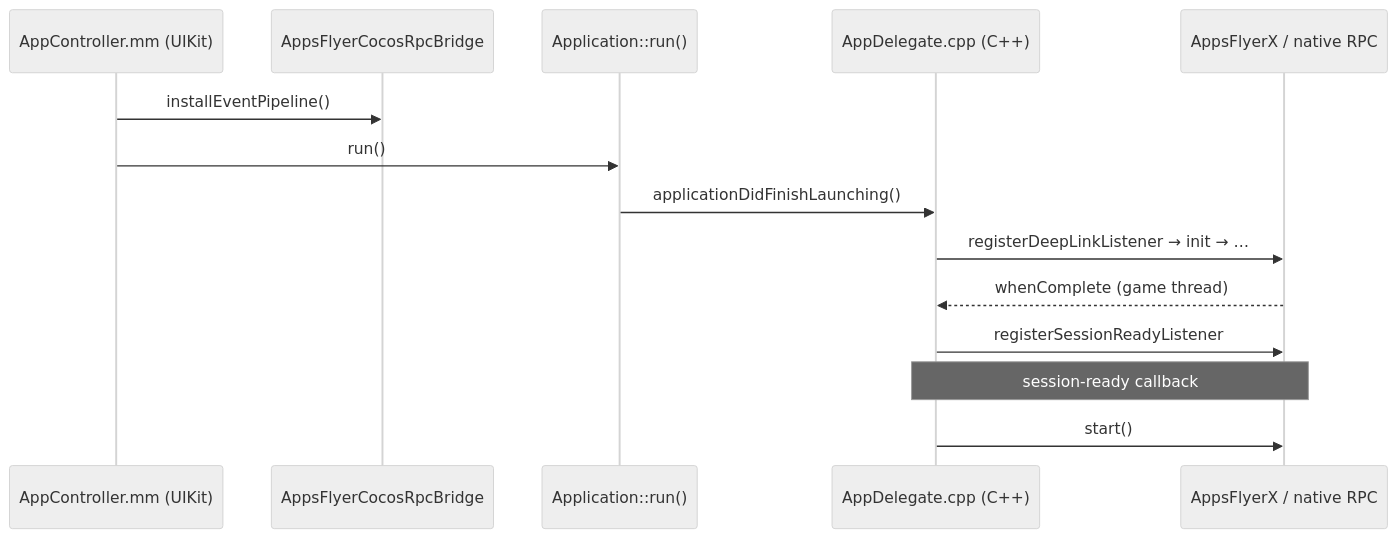
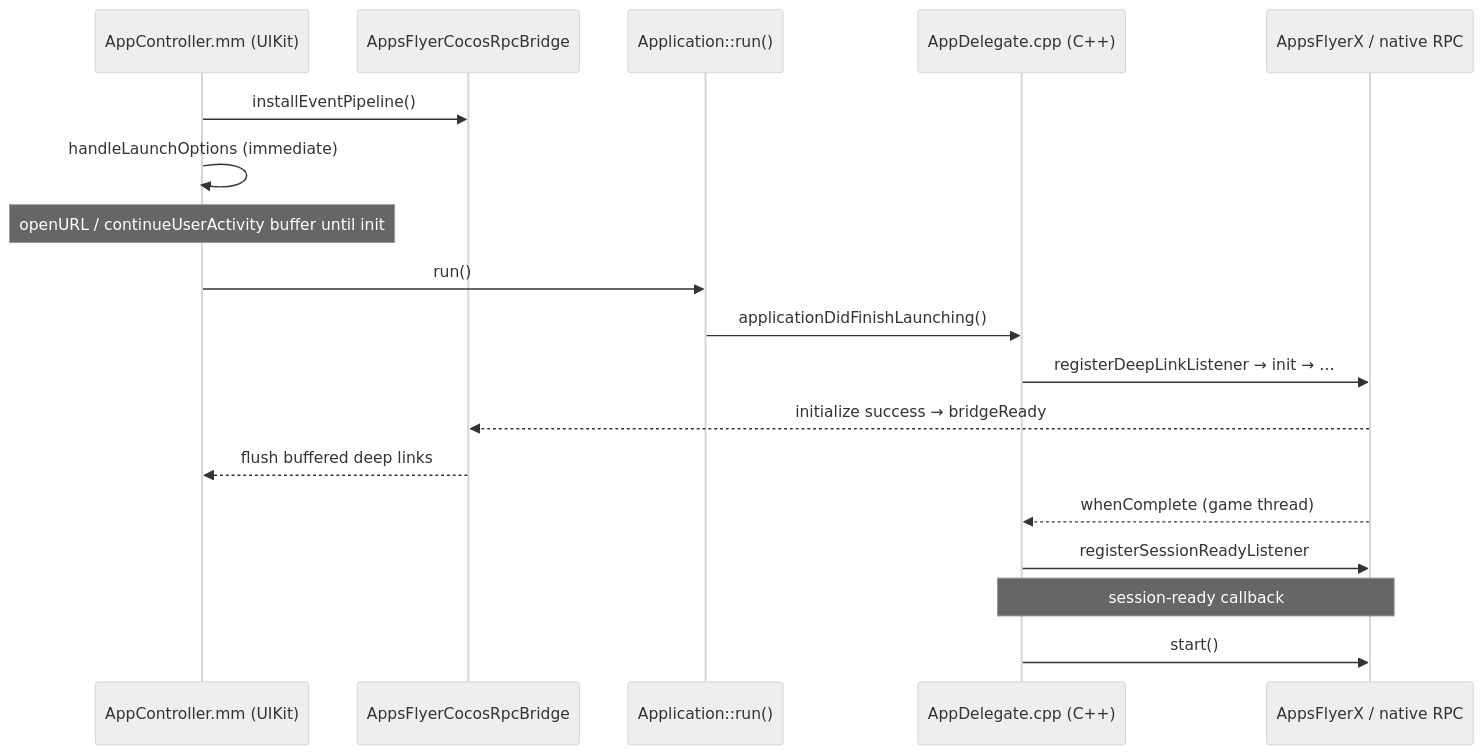
Before and after one commit to AppsFlyerSDK/appsflyer-cocos2dx-plugin: the diagram in docs/SDK7-Lifecycle.md, drawn with Mermaid (neutral theme). The commit also changed other lines of this file and 10 other files, not shown here.

````diff
--- a/docs/SDK7-Lifecycle.md
+++ b/docs/SDK7-Lifecycle.md
@@ -22,17 +22,21 @@
 ```mermaid
 sequenceDiagram
     participant UI as AppController.mm (UIKit)
     participant Pipe as AppsFlyerCocosRpcBridge
     participant Cocos as Application::run()
     participant Game as AppDelegate.cpp (C++)
     participant AF as AppsFlyerX / native RPC
 
     UI->>Pipe: installEventPipeline()
+    UI->>UI: handleLaunchOptions (immediate)
+    Note over UI: openURL / continueUserActivity buffer until init
     UI->>Cocos: run()
     Cocos->>Game: applicationDidFinishLaunching()
     Game->>AF: registerDeepLinkListener → init → …
+    AF-->>Pipe: initialize success → bridgeReady
+    Pipe-->>UI: flush buffered deep links
     AF-->>Game: whenComplete (game thread)
     Game->>AF: registerSessionReadyListener
   Note over AF,Game: session-ready callback
     Game->>AF: start()
 ```
````
